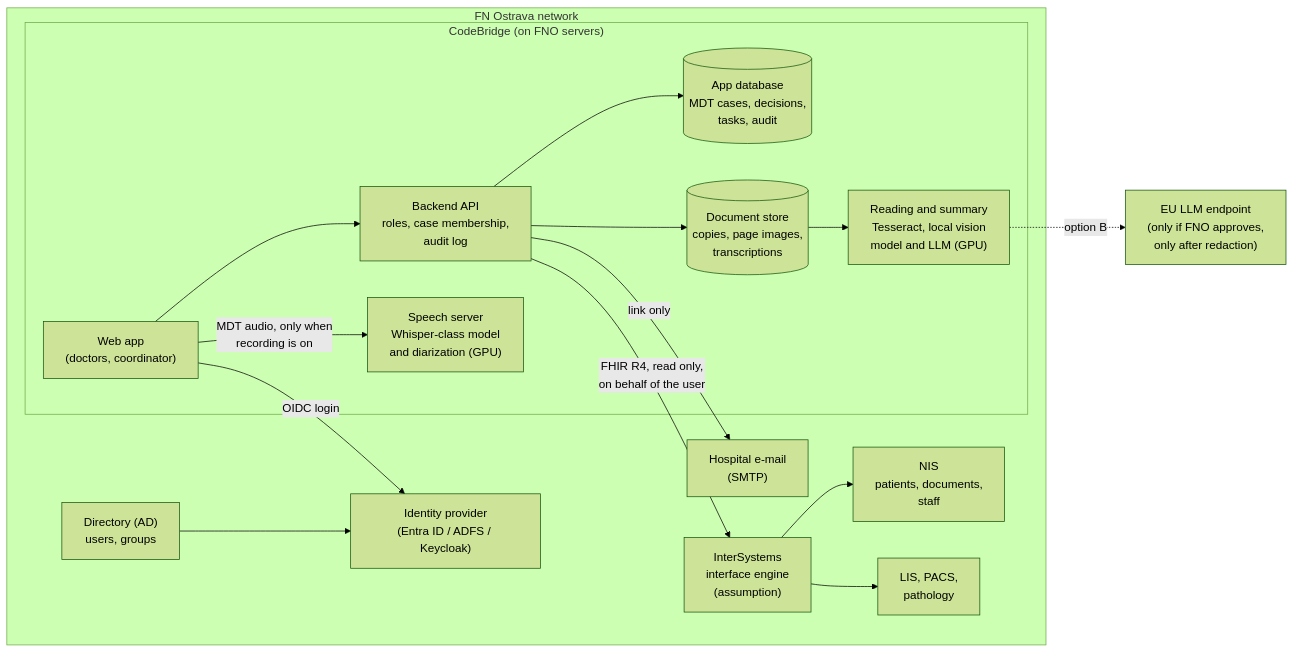
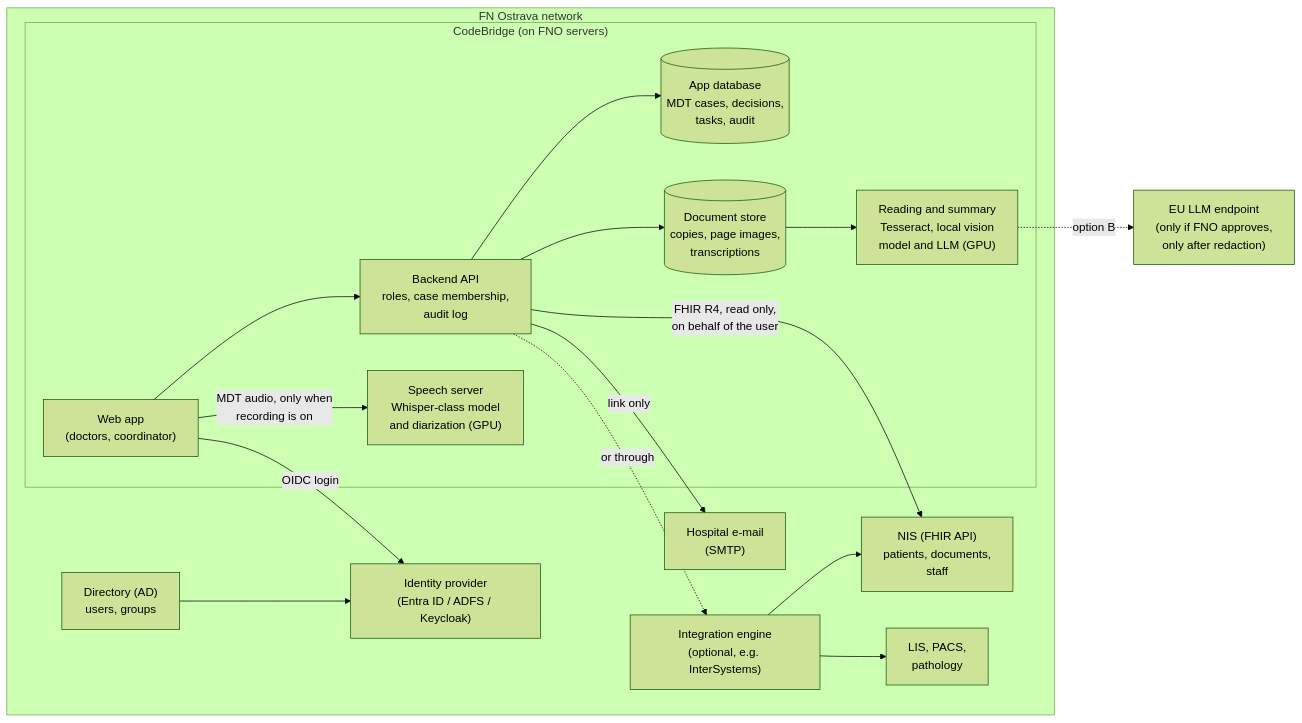
The diagram in docs/design/INTEGRATION.md (codebridgecollege/rakathon-26-codebridge), drawn with Mermaid (forest theme) before and after one commit. The commit also changed other lines of this file, not shown here.

Commit message:
INTEGRATION.md: FHIR straight from the NIS, integration engine optional

````diff
--- a/docs/design/INTEGRATION.md
+++ b/docs/design/INTEGRATION.md
@@ -29,33 +29,34 @@
 ```mermaid
 flowchart LR
   subgraph FNO["FN Ostrava network"]
     DIR["Directory (AD)<br/>users, groups"]
     IDP["Identity provider<br/>(Entra ID / ADFS / Keycloak)"]
-    NIS["NIS<br/>patients, documents,<br/>staff"]
+    NIS["NIS (FHIR API)<br/>patients, documents,<br/>staff"]
     OTHER["LIS, PACS,<br/>pathology"]
-    ENG["InterSystems<br/>interface engine<br/>(assumption)"]
+    ENG["Integration engine<br/>(optional, e.g. InterSystems)"]
     subgraph CB["CodeBridge (on FNO servers)"]
       UI["Web app<br/>(doctors, coordinator)"]
       API["Backend API<br/>roles, case membership,<br/>audit log"]
       DB[("App database<br/>MDT cases, decisions,<br/>tasks, audit")]
       BLOB[("Document store<br/>copies, page images,<br/>transcriptions")]
       AI["Reading and summary<br/>Tesseract, local vision<br/>model and LLM (GPU)"]
       STT["Speech server<br/>Whisper-class model<br/>and diarization (GPU)"]
     end
     MAIL["Hospital e-mail<br/>(SMTP)"]
   end
   CLOUD["EU LLM endpoint<br/>(only if FNO approves,<br/>only after redaction)"]
 
   DIR --> IDP
   UI -- "OIDC login" --> IDP
   UI --> API
   API --> DB
   API --> BLOB
-  API -- "FHIR R4, read only,<br/>on behalf of the user" --> ENG
+  API -- "FHIR R4, read only,<br/>on behalf of the user" --> NIS
+  API -. "or through" .-> ENG
   ENG --> NIS
   ENG --> OTHER
   BLOB --> AI
   UI -- "MDT audio, only when<br/>recording is on" --> STT
   AI -. "option B" .-> CLOUD
   API -- "link only" --> MAIL
 ```
````
